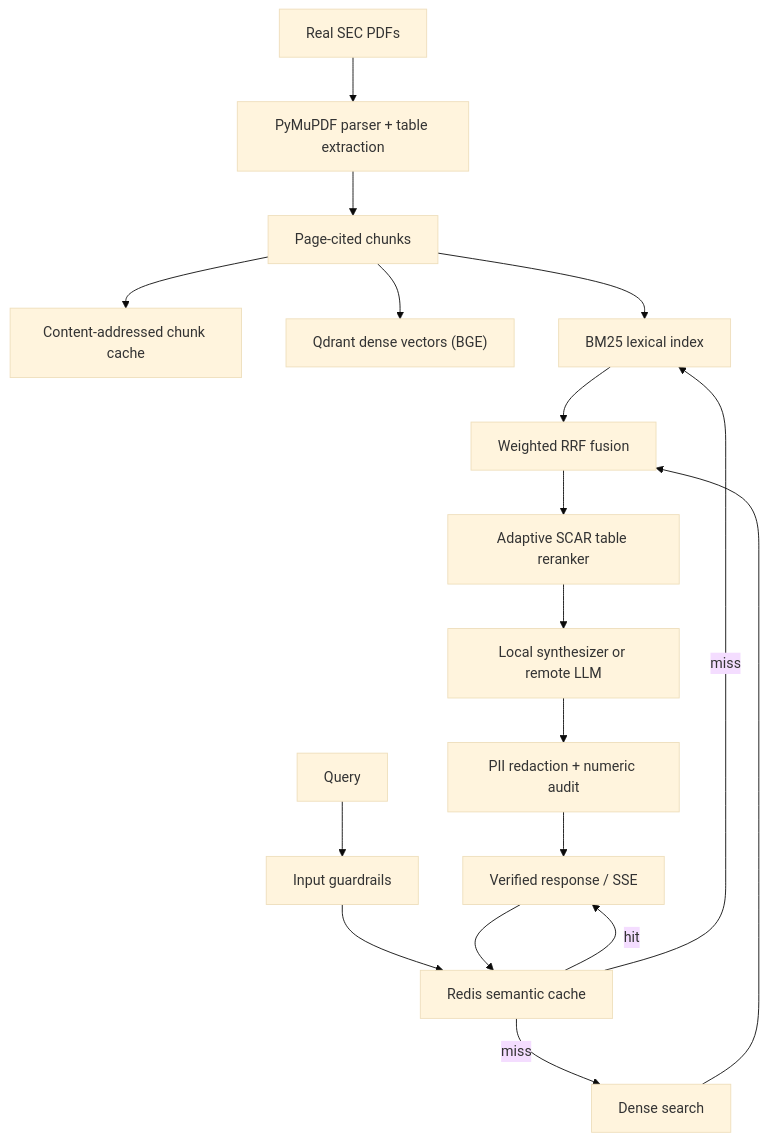
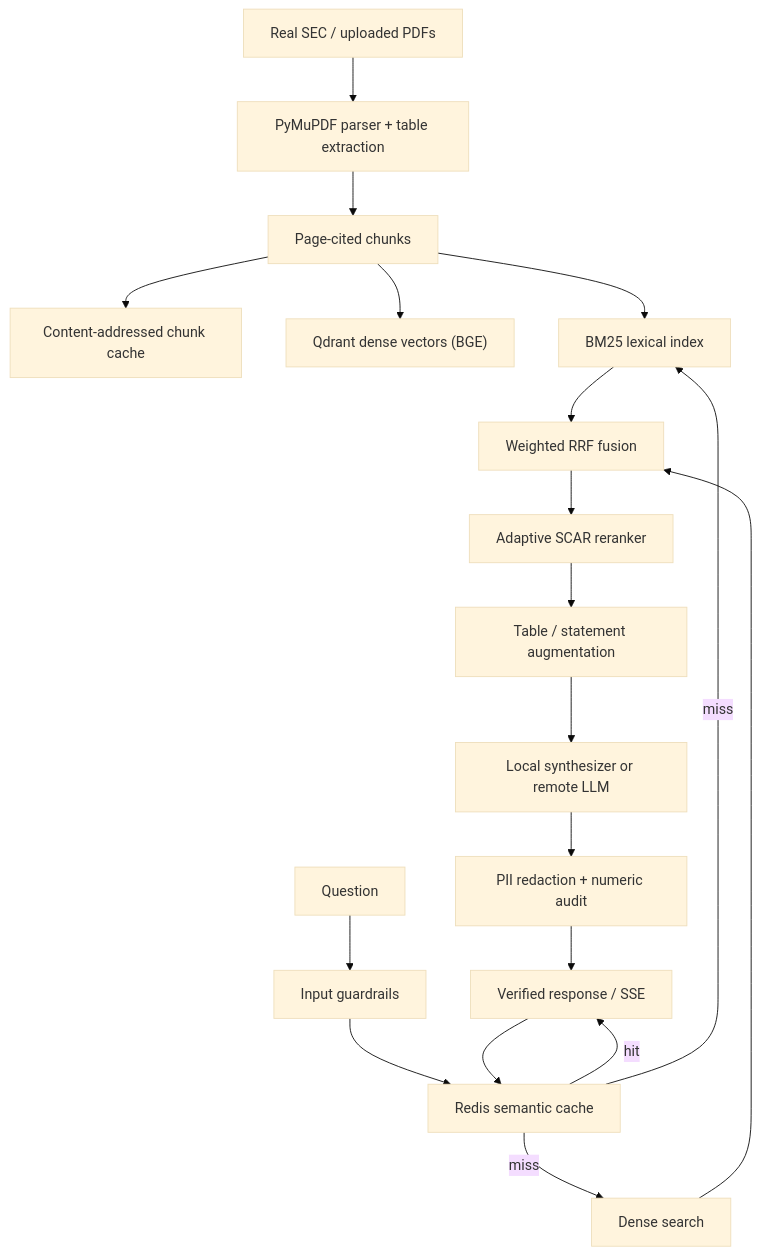
The diagram in README.md (Abood991B/vectracite-ai), drawn with Mermaid (base theme) before and after one commit. The commit also changed other lines of this file and 15 other files, not shown here.

````diff
--- a/README.md
+++ b/README.md
@@ -45,21 +81,22 @@
 ```mermaid
 flowchart TD
-    PDF["Real SEC PDFs"] --> Parser["PyMuPDF parser + table extraction"]
+    PDF["Real SEC / uploaded PDFs"] --> Parser["PyMuPDF parser + table extraction"]
     Parser --> Chunker["Page-cited chunks"]
     Chunker --> Cache["Content-addressed chunk cache"]
     Chunker --> Qdrant["Qdrant dense vectors (BGE)"]
     Chunker --> BM25["BM25 lexical index"]
 
-    Query["Query"] --> Guard["Input guardrails"]
+    Query["Question"] --> Guard["Input guardrails"]
     Guard --> Semantic["Redis semantic cache"]
-    Semantic -- hit --> Verifier
+    Semantic -- hit --> Verifier["Verified response / SSE"]
     Semantic -- miss --> Dense["Dense search"]
     Semantic -- miss --> BM25
     Dense --> RRF["Weighted RRF fusion"]
     BM25 --> RRF
-    RRF --> Rerank["Adaptive SCAR table reranker"]
-    Rerank --> Synth["Local synthesizer or remote LLM"]
+    RRF --> Rerank["Adaptive SCAR reranker"]
+    Rerank --> Tables["Table / statement augmentation"]
+    Tables --> Synth["Local synthesizer or remote LLM"]
     Synth --> Redact["PII redaction + numeric audit"]
-    Redact --> Verifier["Verified response / SSE"]
+    Redact --> Verifier
     Verifier --> Semantic
 ```
````
